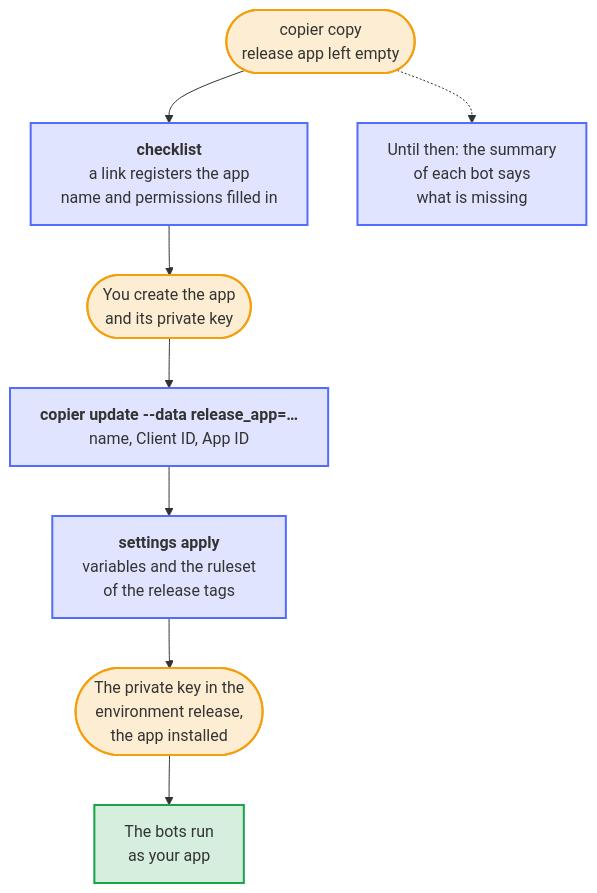
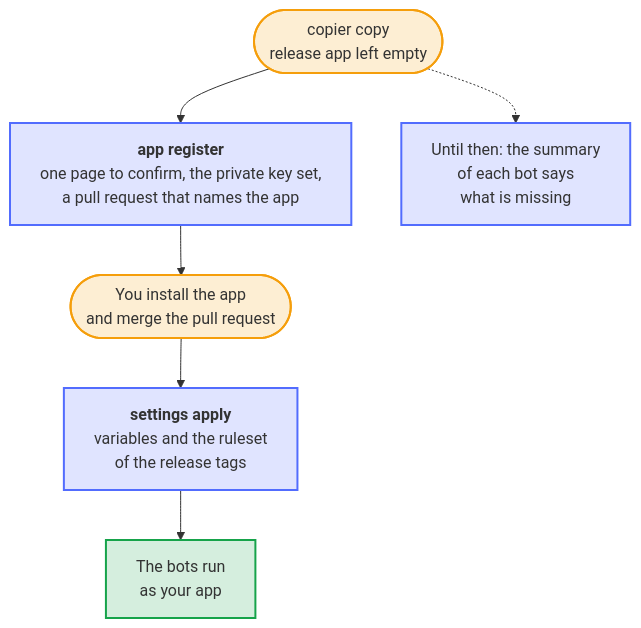
One commit to Dennis-Otto/repo-blueprint changed the diagram in docs/diagrams/how-an-owner-gets-a-release-app.mmd. Above: the diagram before and after it, drawn with Mermaid. The commit also changed 35 other files, not shown here.

First line of the commit message:
fix: name app register everywhere an owner still read of the link, and check the branch first

```diff
--- a/docs/diagrams/how-an-owner-gets-a-release-app.mmd
+++ b/docs/diagrams/how-an-owner-gets-a-release-app.mmd
@@ -1,27 +1,25 @@
 ---
 config:
   flowchart:
     wrappingWidth: 400
 ---
 flowchart TB
     accTitle: How an owner gets a release app
-    accDescr: You copy the blueprint with the question of the release app left empty. The checklist links the registration of the app on your account or organization, with its name and permissions filled in. You create the app and its private key, and name it with copier update and the name, Client ID and App ID of its settings page. After the commit, settings apply sets the variables and the ruleset of the release tags, and the checklist asks for the private key and the installation on the repository. Then the bots run as your app; until then each bot that acts as it says in its summary what is missing.
+    accDescr: You copy the blueprint with the question of the release app left empty. python3 .github/blueprint.py app register registers the app on your account or organization: you confirm one page, it sets the private key, and it opens the pull request that names the app. You install the app and merge the pull request. Then settings apply sets the variables and the ruleset of the release tags, and the bots run as your app; until then each bot that acts as it says in its summary what is missing.
 
     copy(["copier copy<br>release app left empty"])
-    link["`**checklist**<br>a link registers the app<br>name and permissions filled in`"]
-    app(["You create the app<br>and its private key"])
-    named["`**copier update --data release_app=…**<br>name, Client ID, App ID`"]
+    register["`**app register**<br>one page to confirm, the private key set,<br>a pull request that names the app`"]
+    you(["You install the app<br>and merge the pull request"])
     apply["`**settings apply**<br>variables and the ruleset<br>of the release tags`"]
-    key(["The private key in the<br>environment release,<br>the app installed"])
     bots["The bots run<br>as your app"]
     waiting["Until then: the summary<br>of each bot says<br>what is missing"]
 
-    copy --> link --> app --> named --> apply --> key --> bots
+    copy --> register --> you --> apply --> bots
     copy -.-> waiting
 
     classDef bot fill:#526cfe2e,stroke:#526cfe,stroke-width:2px
     classDef person fill:#f59e0b2e,stroke:#f59e0b,stroke-width:2px
     classDef done fill:#16a34a2e,stroke:#16a34a,stroke-width:2px
-    class link,named,apply,waiting bot
-    class copy,app,key person
+    class register,apply,waiting bot
+    class copy,you person
     class bots done
```
